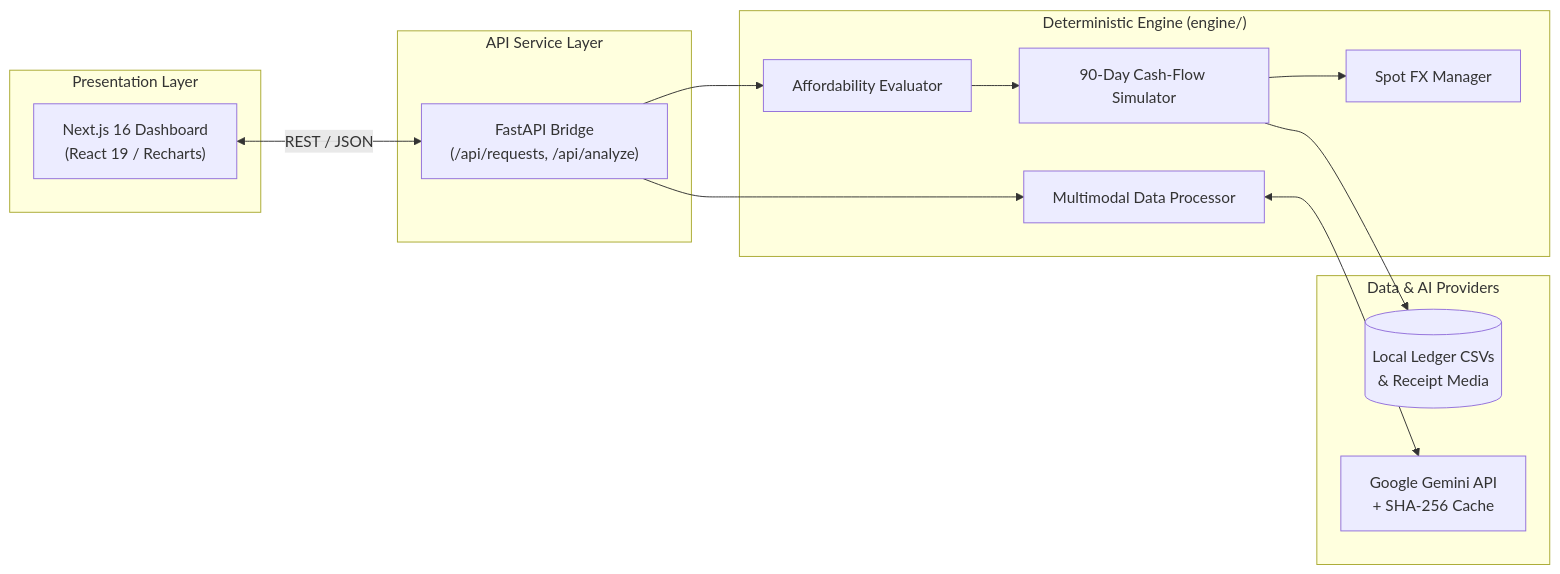
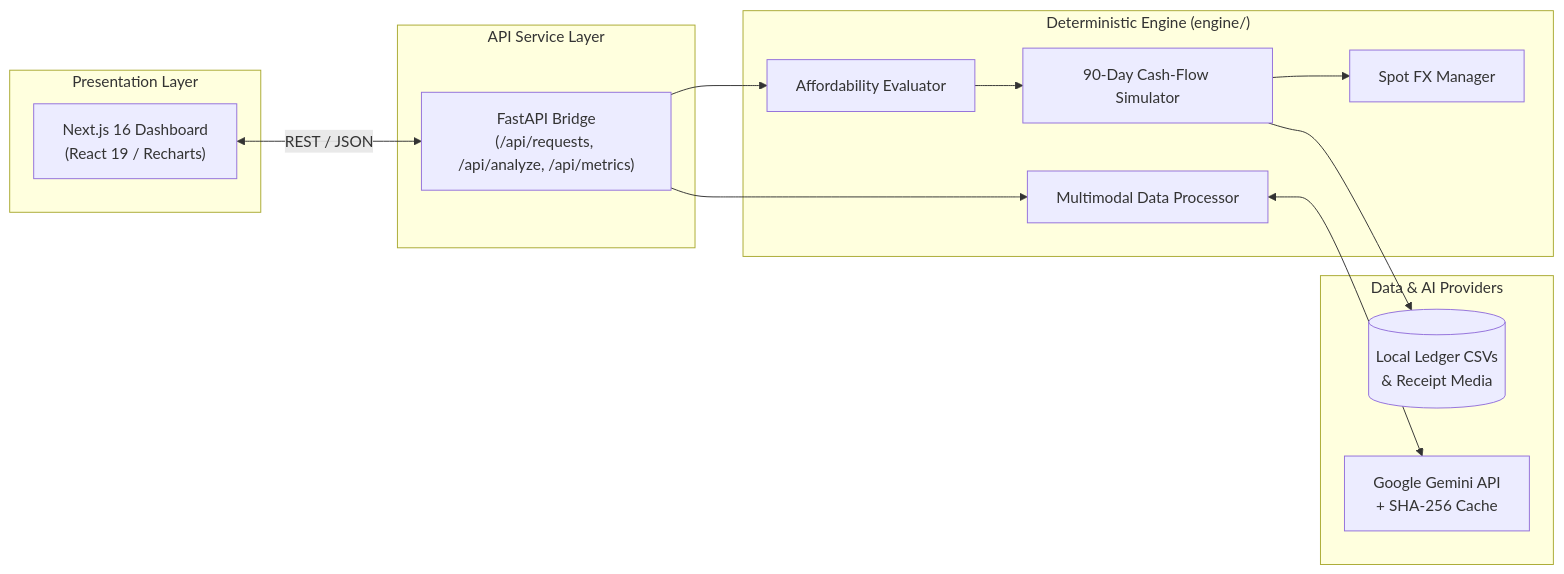
One commit to m4n1kya/AURELIS changed the diagram in README.md. Above: the diagram before and after it, drawn with Mermaid. The commit also changed other lines of this file and 2 other files, not shown here.

Commit message:
docs(spec): document financial health API and update changelog for v1.3.0

````diff
--- a/README.md
+++ b/README.md
@@ -34,30 +34,30 @@
 ```mermaid
 flowchart LR
     subgraph Client["Presentation Layer"]
         UI["Next.js 16 Dashboard\n(React 19 / Recharts)"]
     end
 
     subgraph Service["API Service Layer"]
-        API["FastAPI Bridge\n(/api/requests, /api/analyze)"]
+        API["FastAPI Bridge\n(/api/requests, /api/analyze, /api/metrics)"]
     end
 
     subgraph Core["Deterministic Engine (engine/)"]
         EVAL["Affordability Evaluator"]
         STATE["90-Day Cash-Flow Simulator"]
         FX["Spot FX Manager"]
         PROC["Multimodal Data Processor"]
     end
 
     subgraph Storage["Data & AI Providers"]
         DATA[("Local Ledger CSVs\n& Receipt Media")]
         LLM["Google Gemini API\n+ SHA-256 Cache"]
     end
 
     UI <-->|"REST / JSON"| API
     API --> EVAL
     EVAL --> STATE
     STATE --> FX
     API --> PROC
     STATE --> DATA
     PROC <--> LLM
 ```
````
